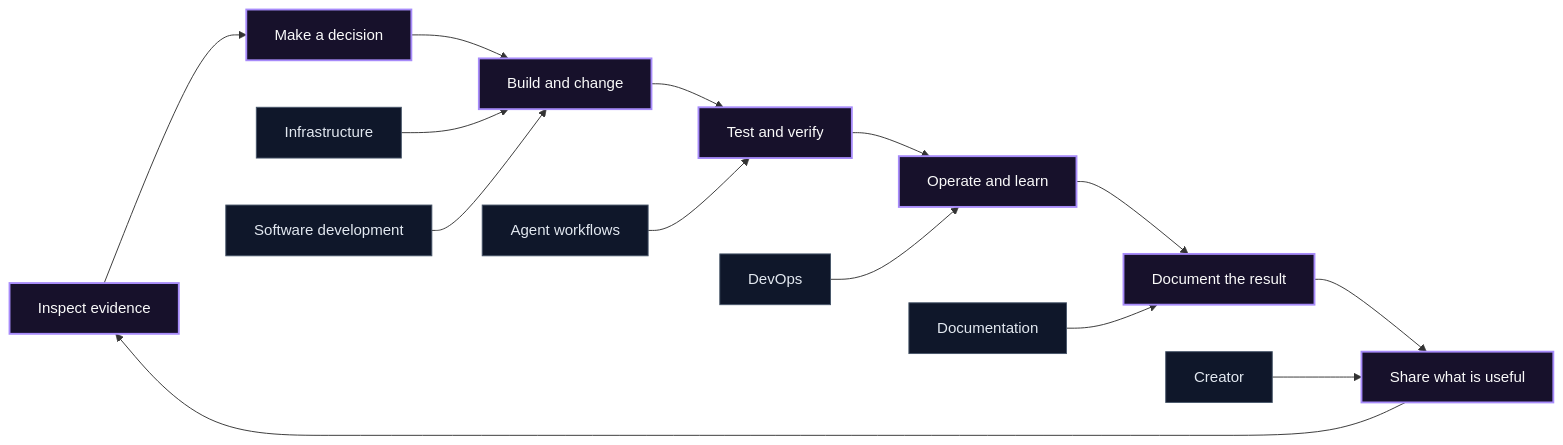
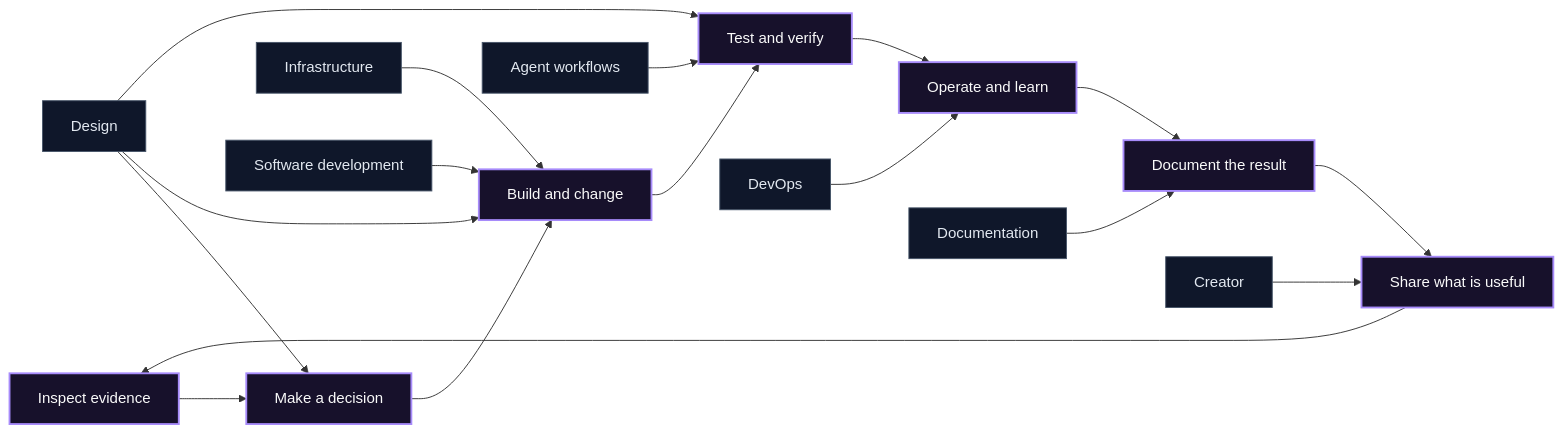
The diagram in README.md (BRYANN2K/stipulate-skills), drawn with Mermaid before and after one commit. The commit also changed other lines of this file and 32 other files, not shown here.

````diff
--- a/README.md
+++ b/README.md
@@ -120,22 +131,25 @@
 ```mermaid
 flowchart LR
     Evidence["Inspect evidence"] --> Decide["Make a decision"]
     Decide --> Build["Build and change"]
     Build --> Verify["Test and verify"]
     Verify --> Operate["Operate and learn"]
     Operate --> Document["Document the result"]
     Document --> Share["Share what is useful"]
     Share --> Evidence
 
     Infra["Infrastructure"] --> Build
     Software["Software development"] --> Build
     DevOps["DevOps"] --> Operate
     Docs["Documentation"] --> Document
     Creator["Creator"] --> Share
     Agent["Agent workflows"] --> Verify
+    Design["Design"] --> Decide
+    Design --> Build
+    Design --> Verify
 
     classDef core fill:#17112b,stroke:#a78bfa,color:#fafafa,stroke-width:2px;
     classDef domain fill:#0f172a,stroke:#475569,color:#e2e8f0;
     class Evidence,Decide,Build,Verify,Operate,Document,Share core;
-    class Infra,Software,DevOps,Docs,Creator,Agent domain;
+    class Infra,Software,DevOps,Docs,Creator,Agent,Design domain;
 ```
````
